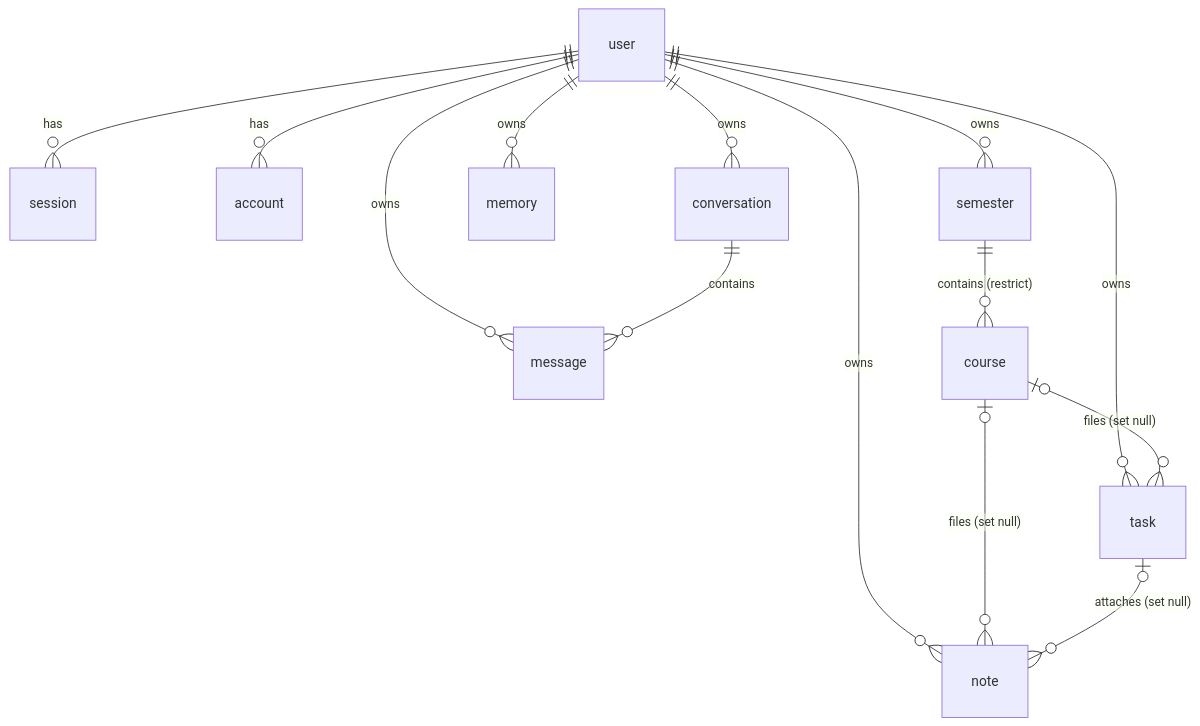
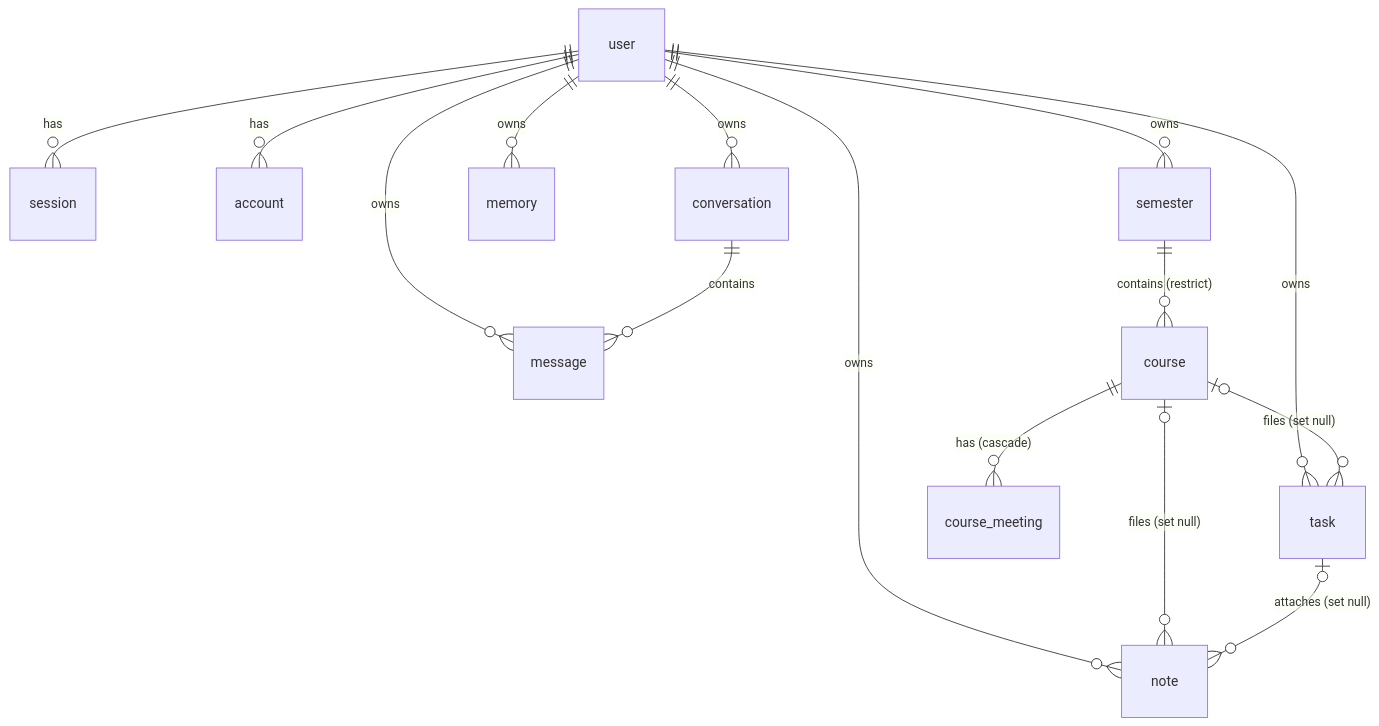
Before and after one commit to AAEahmed1/Mentra: the diagram in docs/database.md, drawn with Mermaid. The commit also changed other lines of this file and 2 other files, not shown here.

````diff
--- a/docs/database.md
+++ b/docs/database.md
@@ -19,16 +19,17 @@
 ```mermaid
 erDiagram
     user ||--o{ session : has
     user ||--o{ account : has
     user ||--o{ semester : owns
     user ||--o{ task : owns
     user ||--o{ note : owns
     user ||--o{ memory : owns
     user ||--o{ conversation : owns
     user ||--o{ message : owns
     semester ||--o{ course : "contains (restrict)"
     course |o--o{ task : "files (set null)"
     course |o--o{ note : "files (set null)"
+    course ||--o{ course_meeting : "has (cascade)"
     task |o--o{ note : "attaches (set null)"
     conversation ||--o{ message : contains
 ```
````
